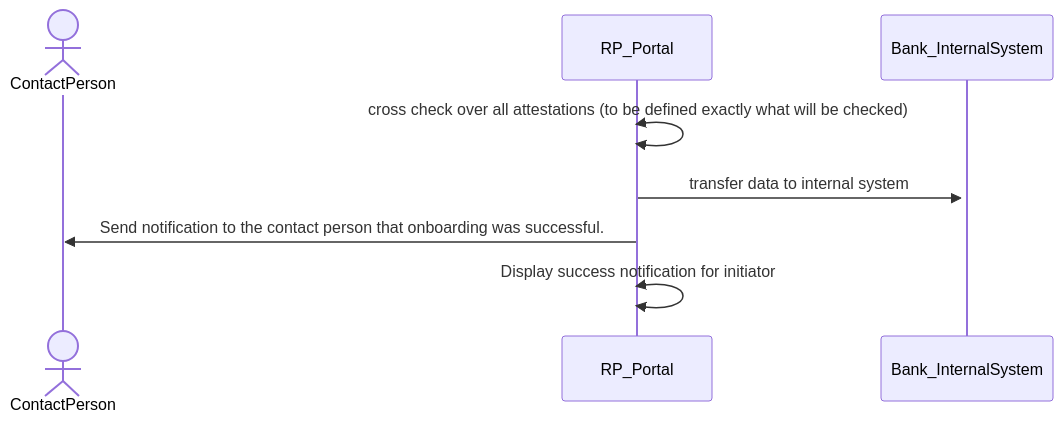
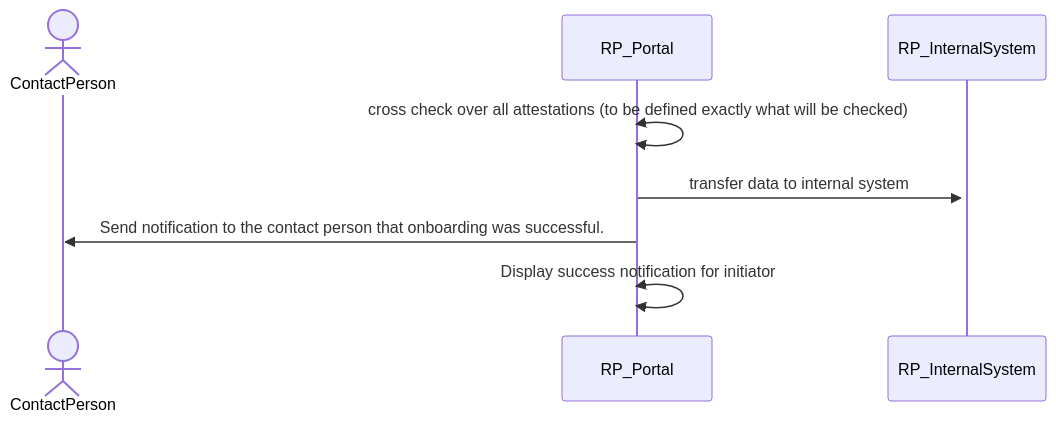
Before and after one commit to DominicHurni/wp3-technology-standards: the seventh of 7 diagrams in BU1/BU1_KYC.md, drawn with Mermaid. The commit also changed other lines of this file and 1 other file, not shown here.

````diff
--- a/BU1/BU1_KYC.md
+++ b/BU1/BU1_KYC.md
@@ -151,9 +151,9 @@
 ```mermaid
 sequenceDiagram
     actor ContactPerson
     RP_Portal<<->>RP_Portal: cross check over all attestations (to be defined exactly what will be checked)
-    RP_Portal->>+Bank_InternalSystem: transfer data to internal system
+    RP_Portal->>+RP_InternalSystem: transfer data to internal system
     
     RP_Portal->>ContactPerson: Send notification to the contact person that onboarding was successful.
     RP_Portal<<->>RP_Portal: Display success notification for initiator
 ```
````
